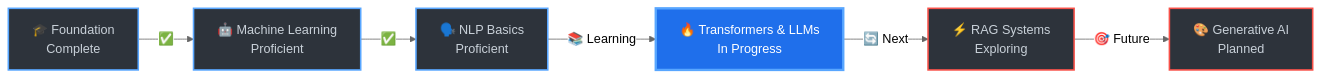
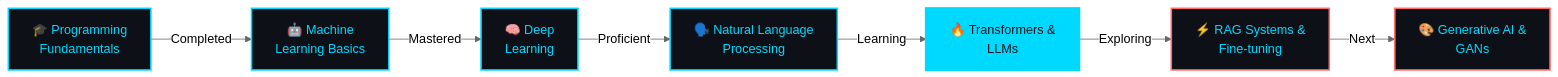
Before and after one commit to Kartikgc9/Kartikgc9: the diagram in README.md, drawn with Mermaid (neutral theme). The commit also changed other lines of this file, not shown here.

````diff
--- a/README.md
+++ b/README.md
@@ -248,15 +237,17 @@
 ```mermaid
 graph LR
-    A[🎓 Foundation<br/>Complete] -->|✅| B[🤖 Machine Learning<br/>Proficient]
-    B -->|✅| C[🗣️ NLP Basics<br/>Proficient]
-    C -->|📚 Learning| D[🔥 Transformers & LLMs<br/>In Progress]
-    D -->|🔄 Next| E[⚡ RAG Systems<br/>Exploring]
-    E -->|🎯 Future| F[🎨 Generative AI<br/>Planned]
+    A[🎓 Programming<br/>Fundamentals] -->|Completed| B[🤖 Machine<br/>Learning Basics]
+    B -->|Mastered| C[🧠 Deep<br/>Learning]
+    C -->|Proficient| D[🗣️ Natural Language<br/>Processing]
+    D -->|Learning| E[🔥 Transformers &<br/>LLMs]
+    E -->|Exploring| F[⚡ RAG Systems &<br/>Fine-tuning]
+    F -->|Next| G[🎨 Generative AI &<br/>GANs]
     
-    style A fill:#2d333b,stroke:#58a6ff,stroke-width:2px,color:#c9d1d9
-    style B fill:#2d333b,stroke:#58a6ff,stroke-width:2px,color:#c9d1d9
-    style C fill:#2d333b,stroke:#58a6ff,stroke-width:2px,color:#c9d1d9
-    style D fill:#1f6feb,stroke:#58a6ff,stroke-width:3px,color:#ffffff
-    style E fill:#2d333b,stroke:#f85149,stroke-width:2px,color:#c9d1d9
-    style F fill:#2d333b,stroke:#f85149,stroke-width:2px,color:#c9d1d9
+    style A fill:#0d1117,stroke:#00d9ff,stroke-width:2px,color:#00d9ff
+    style B fill:#0d1117,stroke:#00d9ff,stroke-width:2px,color:#00d9ff
+    style C fill:#0d1117,stroke:#00d9ff,stroke-width:2px,color:#00d9ff
+    style D fill:#0d1117,stroke:#00d9ff,stroke-width:2px,color:#00d9ff
+    style E fill:#00d9ff,stroke:#00d9ff,stroke-width:3px,color:#0d1117
+    style F fill:#0d1117,stroke:#ff6b6b,stroke-width:2px,color:#00d9ff
+    style G fill:#0d1117,stroke:#ff6b6b,stroke-width:2px,color:#00d9ff
 ```
````
